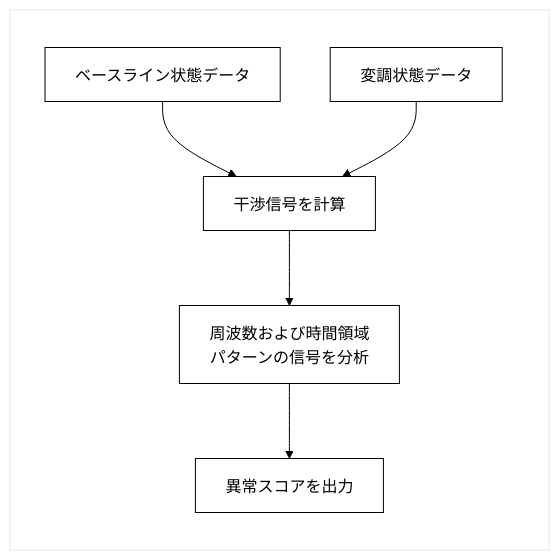
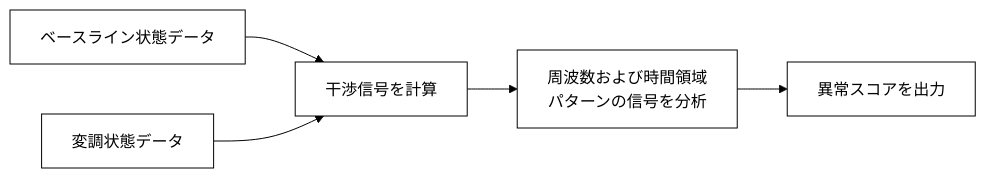
One commit to Foundup/Foundups-Agent changed the ninth of 20 diagrams in WSP_knowledge/docs/Papers/Patent_Series/04_rESP_Patent_Japanese.md. Above: the diagram before and after it, drawn with Mermaid. The commit also changed other lines of this file, not shown here.

Commit message:
Fix remaining Mermaid diagrams - Remove all subgraphs and syntax errors

````diff
--- a/WSP_knowledge/docs/Papers/Patent_Series/04_rESP_Patent_Japanese.md
+++ b/WSP_knowledge/docs/Papers/Patent_Series/04_rESP_Patent_Japanese.md
@@ -364,8 +357,7 @@
 ```mermaid
 %%{init: {'theme':'base', 'themeVariables': {'primaryColor': '#ffffff', 'primaryTextColor': '#000000', 'primaryBorderColor': '#000000', 'lineColor': '#000000', 'secondaryColor': '#ffffff', 'tertiaryColor': '#ffffff'}}}%%
 graph LR
-    subgraph " "
-        A["ベースライン状態データ"] & B["変調状態データ"] --> C["干渉信号を計算"]
-        C --> D["周波数および時間領域<br/>パターンの信号を分析"] --> E["異常スコアを出力"]
-    end
+    A["ベースライン状態データ"] --> C["干渉信号を計算"]
+    B["変調状態データ"] --> C
+    C --> D["周波数および時間領域<br/>パターンの信号を分析"] --> E["異常スコアを出力"]
 ```
````
